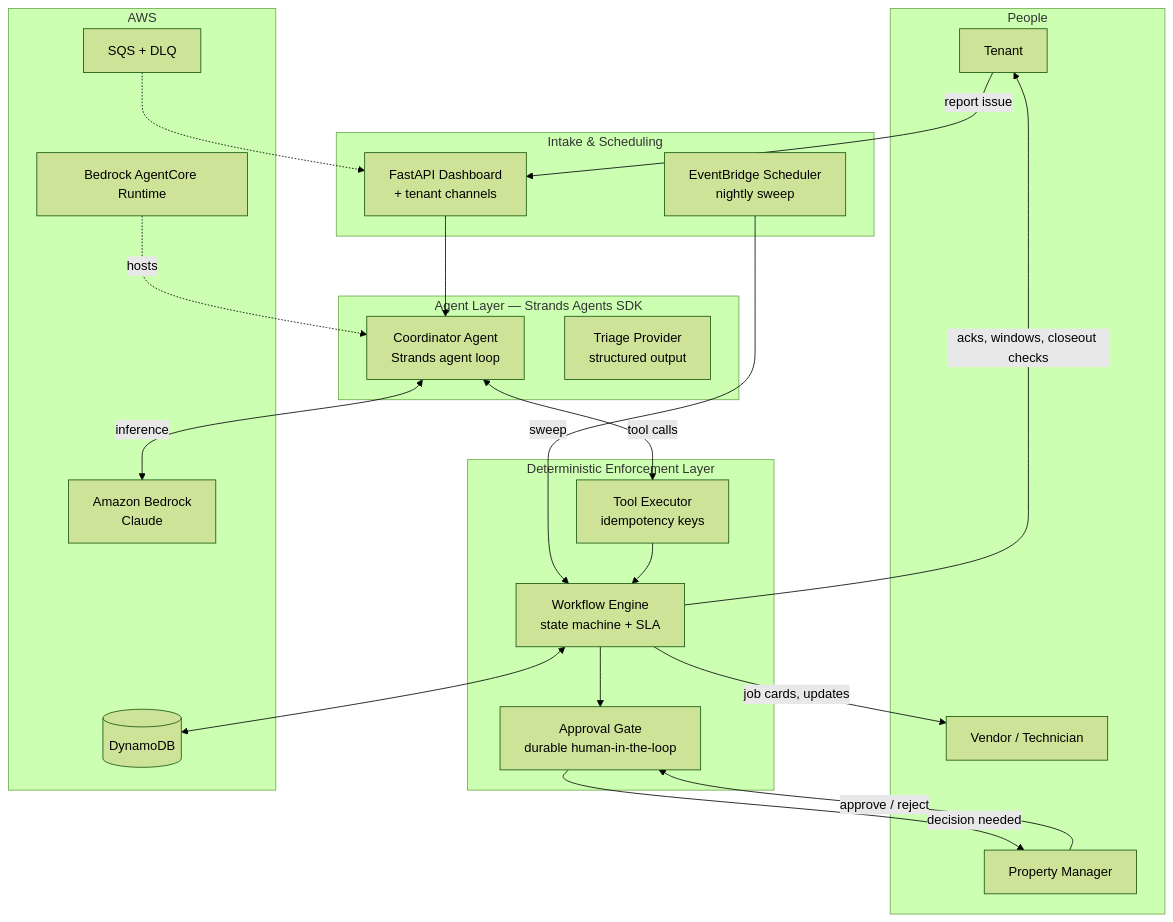
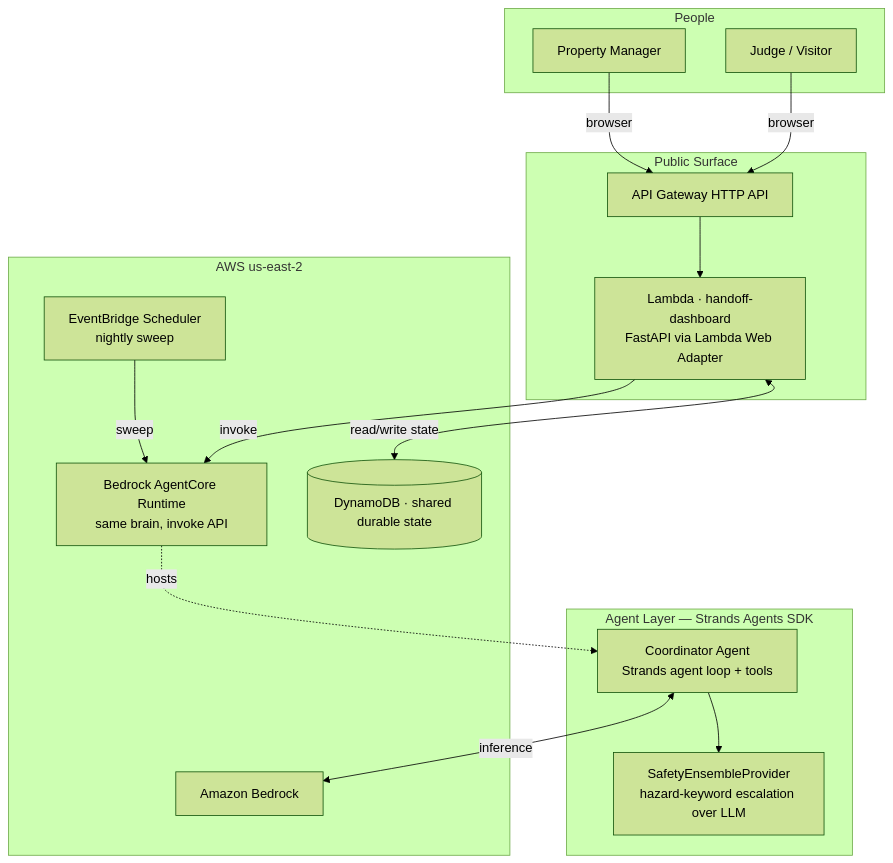
The diagram in README.md (scking21/handoff), drawn with Mermaid (forest theme) before and after one commit. The commit also changed other lines of this file, not shown here.

Commit message:
README: live demo link, production architecture, design principles, research results

````diff
--- a/README.md
+++ b/README.md
@@ -27,46 +13,33 @@
 ```mermaid
 flowchart TB
-    subgraph Clients["People"]
-        T[Tenant]
+    subgraph People["People"]
+        J[Judge / Visitor]
         P[Property Manager]
-        V[Vendor / Technician]
     end
 
-    subgraph Ingest["Intake & Scheduling"]
-        API[FastAPI Dashboard<br/>+ tenant channels]
+    subgraph Edge["Public Surface"]
+        AGW[API Gateway HTTP API]
+        FN[Lambda · handoff-dashboard<br/>FastAPI via Lambda Web Adapter]
+    end
+
+    subgraph Brain["Agent Layer — Strands Agents SDK"]
+        CA[Coordinator Agent<br/>Strands agent loop + tools]
+        SE[SafetyEnsembleProvider<br/>hazard-keyword escalation over LLM]
+    end
+
+    subgraph AWS["AWS us-east-2"]
+        AC[Bedrock AgentCore Runtime<br/>same brain, invoke API]
+        BB[Amazon Bedrock]
+        DB[(DynamoDB · shared durable state)]
         EB[EventBridge Scheduler<br/>nightly sweep]
     end
 
-    subgraph Brain["Agent Layer — Strands Agents SDK"]
-        CA[Coordinator Agent<br/>Strands agent loop]
-        TP[Triage Provider<br/>structured output]
-    end
-
-    subgraph Enforce["Deterministic Enforcement Layer"]
-        TE[Tool Executor<br/>idempotency keys]
-        WF[Workflow Engine<br/>state machine + SLA]
-        AG[Approval Gate<br/>durable human-in-the-loop]
-    end
-
-    subgraph AWS["AWS"]
-        AC[Bedrock AgentCore Runtime]
-        BB[Amazon Bedrock<br/>Claude]
-        DB[(DynamoDB)]
-        DLQ[SQS + DLQ]
-    end
-
-    T -->|report issue| API
-    API --> CA
-    EB -->|sweep| WF
-    CA <-->|tool calls| TE
-    TE --> WF
-    WF --> AG
-    AG -->|decision needed| P
-    P -->|approve / reject| AG
+    J -->|browser| AGW --> FN
+    P -->|browser| AGW
+    FN <-->|read/write state| DB
+    FN -->|invoke| AC
+    AC -.->|hosts| CA
+    EB -->|sweep| AC
     CA <-->|inference| BB
-    AC -.->|hosts| CA
-    WF <--> DB
-    DLQ -.-> API
-    WF -->|job cards, updates| V
-    WF -->|acks, windows, closeout checks| T
+    CA --> SE
 ```
````
